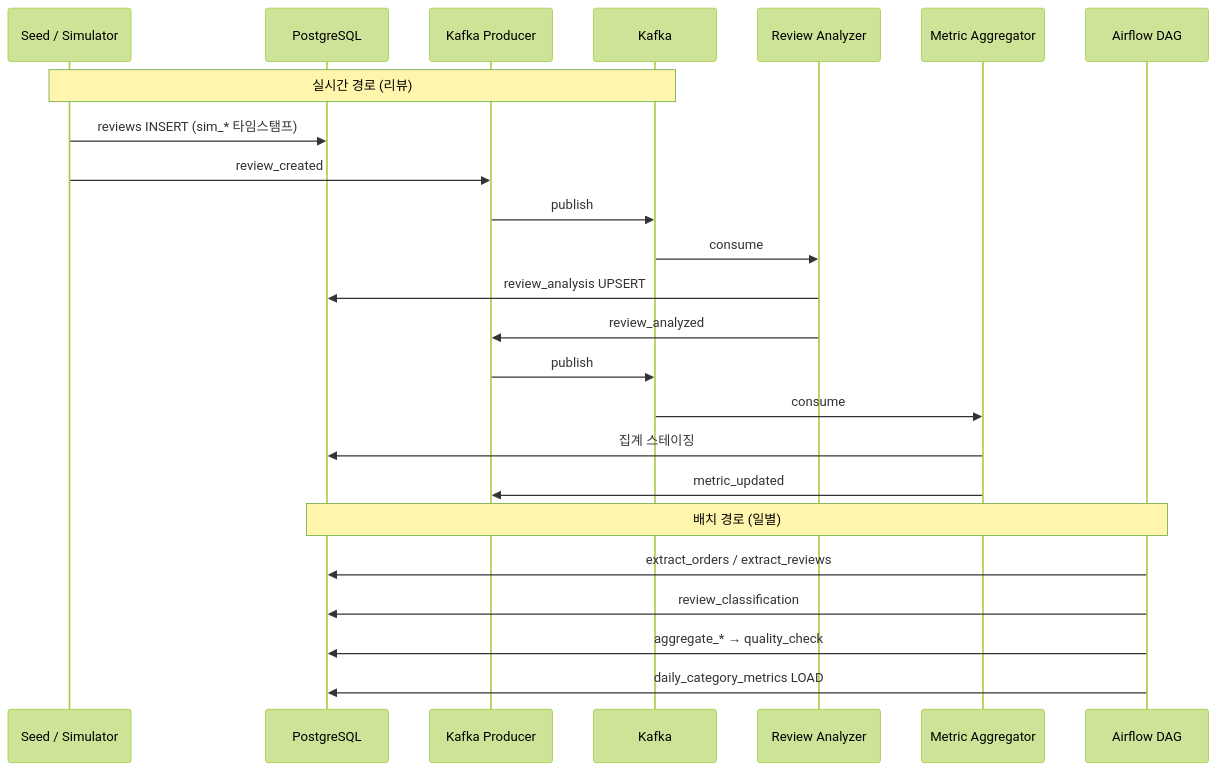
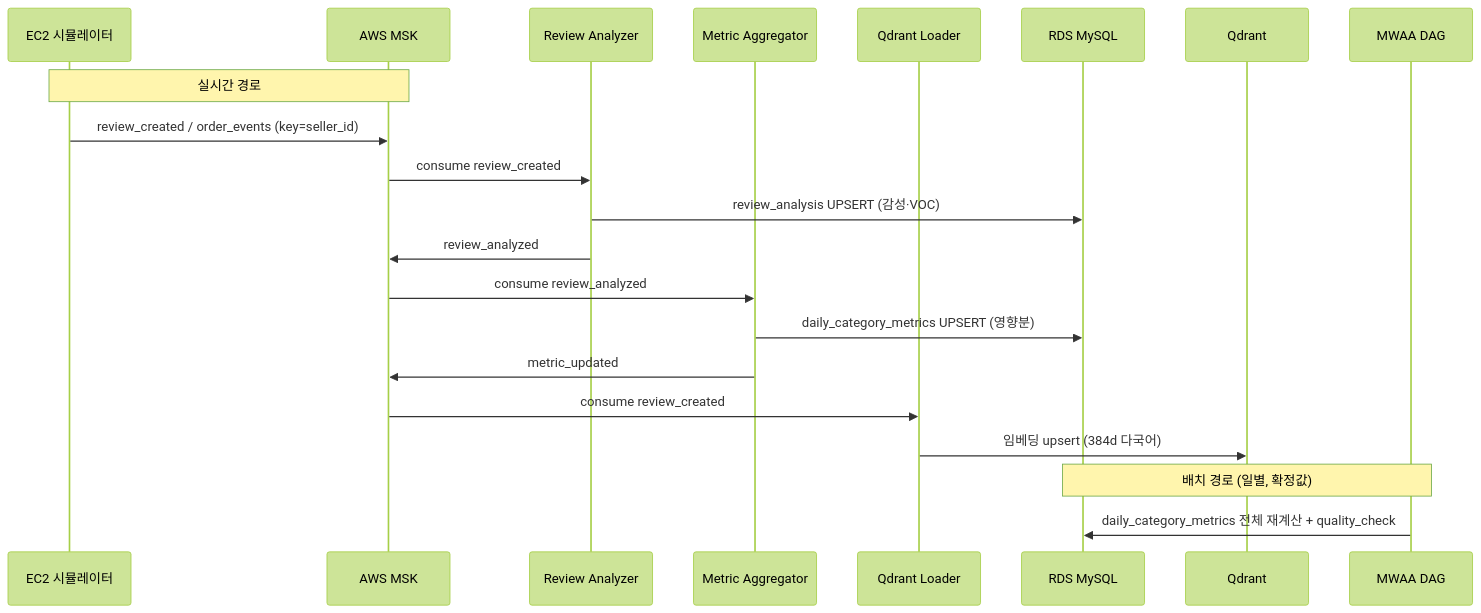
Before and after one commit to archdsp/AI_Commerce_Operation_Platform: the third of 4 diagrams in docs/ARCHITECTURE.md, drawn with Mermaid (forest theme). The commit also changed other lines of this file and 1 other file, not shown here.

First line of the commit message:
docs(arch/deploy): ARCHITECTURE·DEPLOYMENT 본문 실제 스택 재작성 (REALIGNED v2.0)

````diff
--- a/docs/ARCHITECTURE.md
+++ b/docs/ARCHITECTURE.md
@@ -142,28 +152,25 @@
 ```mermaid
 sequenceDiagram
-    participant Seed as Seed / Simulator
-    participant DB as PostgreSQL
-    participant P as Kafka Producer
-    participant K as Kafka
+    participant SIM as EC2 시뮬레이터
+    participant K as AWS MSK
     participant RA as Review Analyzer
     participant MA as Metric Aggregator
-    participant AF as Airflow DAG
+    participant QL as Qdrant Loader
+    participant DB as RDS MySQL
+    participant Q as Qdrant
+    participant AF as MWAA DAG
 
-    Note over Seed,K: 실시간 경로 (리뷰)
-    Seed->>DB: reviews INSERT (sim_* 타임스탬프)
-    Seed->>P: review_created
-    P->>K: publish
-    K->>RA: consume
-    RA->>DB: review_analysis UPSERT
-    RA->>P: review_analyzed
-    P->>K: publish
-    K->>MA: consume
-    MA->>DB: 집계 스테이징
-    MA->>P: metric_updated
+    Note over SIM,K: 실시간 경로
+    SIM->>K: review_created / order_events (key=seller_id)
+    K->>RA: consume review_created
+    RA->>DB: review_analysis UPSERT (감성·VOC)
+    RA->>K: review_analyzed
+    K->>MA: consume review_analyzed
+    MA->>DB: daily_category_metrics UPSERT (영향분)
+    MA->>K: metric_updated
+    K->>QL: consume review_created
+    QL->>Q: 임베딩 upsert (384d 다국어)
 
-    Note over AF,DB: 배치 경로 (일별)
-    AF->>DB: extract_orders / extract_reviews
-    AF->>DB: review_classification
-    AF->>DB: aggregate_* → quality_check
-    AF->>DB: daily_category_metrics LOAD
+    Note over AF,DB: 배치 경로 (일별, 확정값)
+    AF->>DB: daily_category_metrics 전체 재계산 + quality_check
 ```
````
